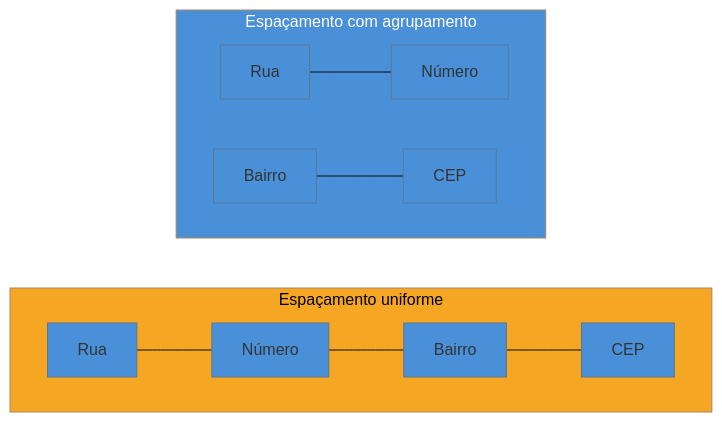
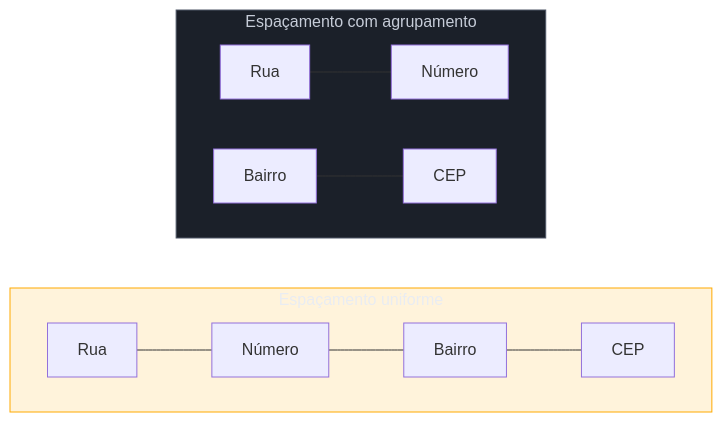
The diagram in 03-Dominios/Engenharia/UX/Fundamentos e Modelo Mental/05 - Gestalt aplicada a UI.md (josenaldo/codex-technomanticus), drawn with Mermaid before and after one commit. The commit also changed 1181 other files, not shown here.

First line of the commit message:
fix(diagramas): paleta do sistema no lugar de cor cravada no markdown

````diff
--- a/03-Dominios/Engenharia/UX/Fundamentos e Modelo Mental/05 - Gestalt aplicada a UI.md
+++ b/03-Dominios/Engenharia/UX/Fundamentos e Modelo Mental/05 - Gestalt aplicada a UI.md
@@ -33,15 +33,16 @@
 ```mermaid
-%%{init: {"theme": "base", "themeVariables": {"primaryColor": "#4A90D9"}}}%%
 graph LR
+    classDef neutro fill:#1B2029,stroke:#4E5666,color:#C6CCD8
+    classDef destaque fill:#FFAA0024,stroke:#FFAA00,color:#E9ECF2
     subgraph SemGrupo["Espaçamento uniforme"]
         direction LR
         A1["Rua"] --- A2["Número"] --- A3["Bairro"] --- A4["CEP"]
     end
     subgraph ComGrupo["Espaçamento com agrupamento"]
         direction LR
         B1["Rua"] --- B2["Número"]
         B3["Bairro"] --- B4["CEP"]
     end
-    style ComGrupo fill:#4A90D9,color:#fff
-    style SemGrupo fill:#F5A623,color:#000
+    class ComGrupo neutro
+    class SemGrupo destaque
 ```
````
